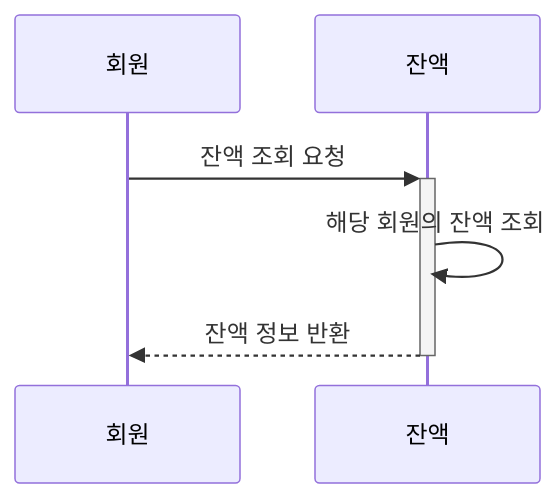
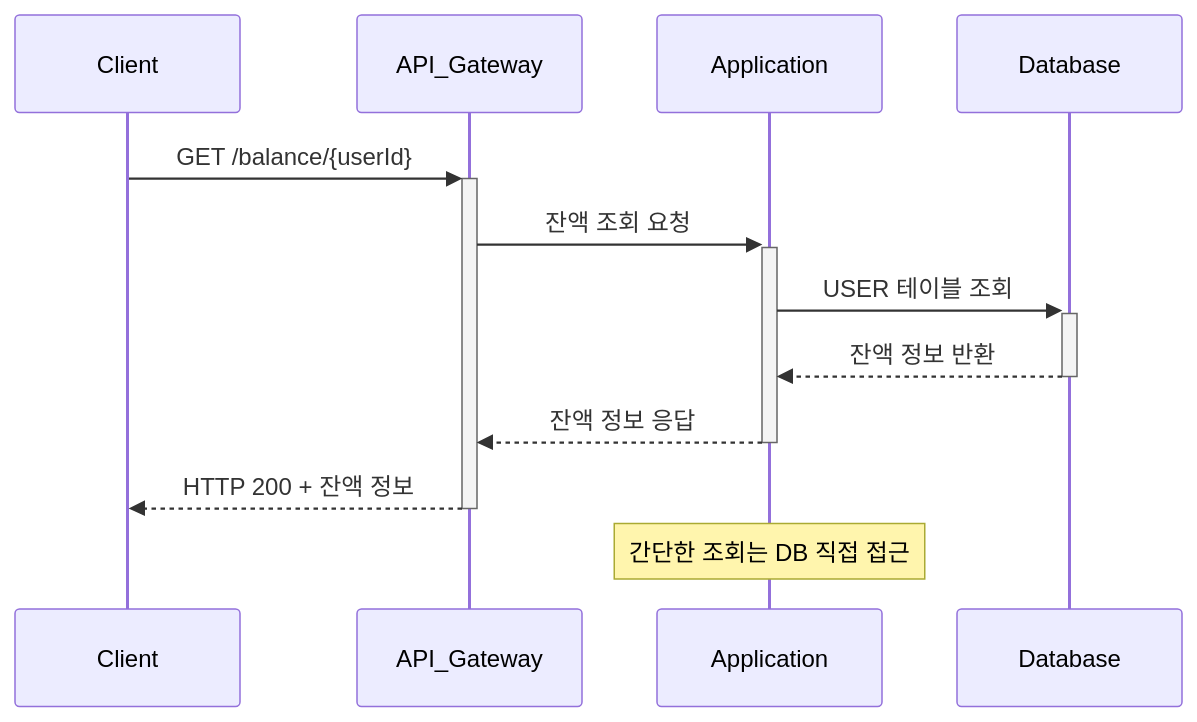
Before and after one commit to yuni02/hhplus-ecommerce: the first of 7 diagrams in docs/sequence_diagram.md, drawn with Mermaid. The commit also changed other lines of this file and 2 other files, not shown here.

First line of the commit message:
chore: erd에 상태값 추가하고 시퀀스 다이어그램을 기술적 계층 단위별로 분리하는 방식으로 변경

````diff
--- a/docs/sequence_diagram.md
+++ b/docs/sequence_diagram.md
@@ -5,9 +5,16 @@
 ```mermaid
 sequenceDiagram
-    participant User as 회원
-    participant Balance as 잔액
+    participant Client as Client
+    participant API as API_Gateway
+    participant App as Application
+    participant DB as Database
 
-    User->>+Balance: 잔액 조회 요청
-    Balance->>Balance: 해당 회원의 잔액 조회
-    Balance-->>-User: 잔액 정보 반환
+    Client->>+API: GET /balance/{userId}
+    API->>+App: 잔액 조회 요청
+    App->>+DB: USER 테이블 조회
+    DB-->>-App: 잔액 정보 반환
+    App-->>-API: 잔액 정보 응답
+    API-->>-Client: HTTP 200 + 잔액 정보
+
+    Note over App: 간단한 조회는 DB 직접 접근
 ```
````
